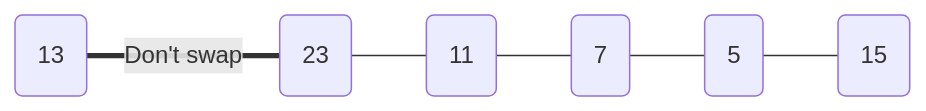
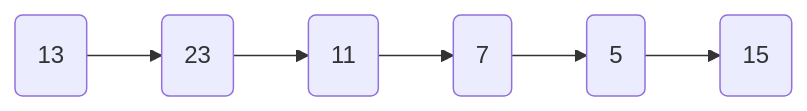
Before and after one commit to ITHwang/ITHwang.github.io: the first of 21 diagrams in _posts/2021-03-03-algorithm-bubble-sort-cpp.md, drawn with Mermaid.

Commit message:
Fix algorithm-bubble-sort

```diff
--- a/_posts/2021-03-03-algorithm-bubble-sort-cpp.md
+++ b/_posts/2021-03-03-algorithm-bubble-sort-cpp.md
@@ -35,8 +35,8 @@
         <div class="mermaid">
-            graph LR
-            A(13)==Don't swap===B(23)
-            B---C(11)
-            C---D(7)
-            D---E(5)
-            E---F(15)
+            graph LR;
+            A(13)-->B(23);
+            B-->C(11);
+            C-->D(7);
+            D-->E(5);
+            E-->F(15);
         </div>
```
